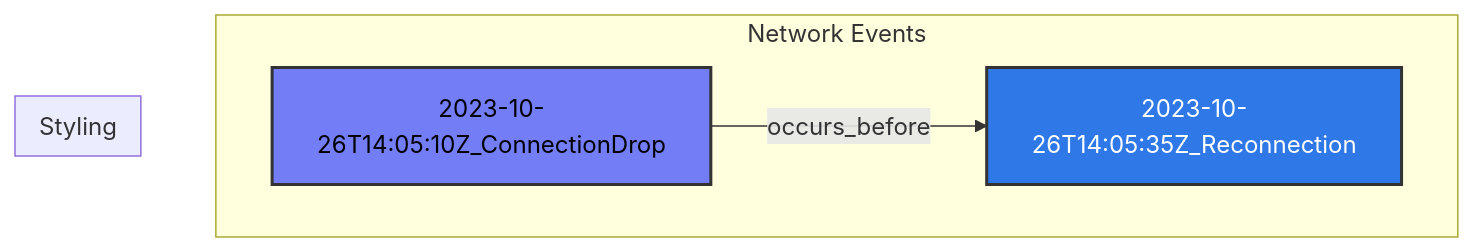
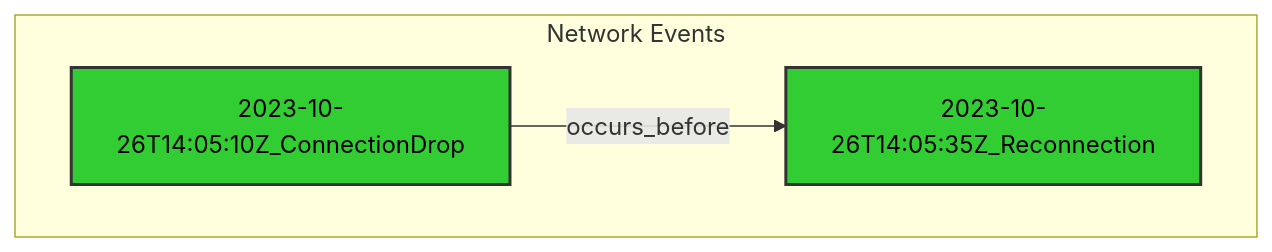
One commit to ikko/sym changed the second of 4 diagrams in docs/2_introduction.md. Above: the diagram before and after it, drawn with Mermaid. The commit also changed other lines of this file and 15 other files, not shown here.

Commit message:
inbetween cleaning examples and recolor mermaids

````diff
--- a/docs/2_introduction.md
+++ b/docs/2_introduction.md
@@ -109,16 +139,13 @@
 ```mermaid
 graph TD
     subgraph Network Events
         E1[2023-10-26T14:05:10Z_ConnectionDrop]
         E2[2023-10-26T14:05:35Z_Reconnection]
     end
 
 
     E1 -- occurs_before --> E2
 
-    subgraph "Styling"
-    end
-
-    style E1 fill:#737df5,stroke:#333,stroke-width:2px,color:#000000;
-    style E2 fill:#2f78e8,stroke:#333,stroke-width:2px,color:#FFFFFF;
+    style E1 fill:#32CD32,stroke:#333,stroke-width:2px,color:#000000;
+    style E2 fill:#32CD32,stroke:#333,stroke-width:2px,color:#000000;
 ```
````
